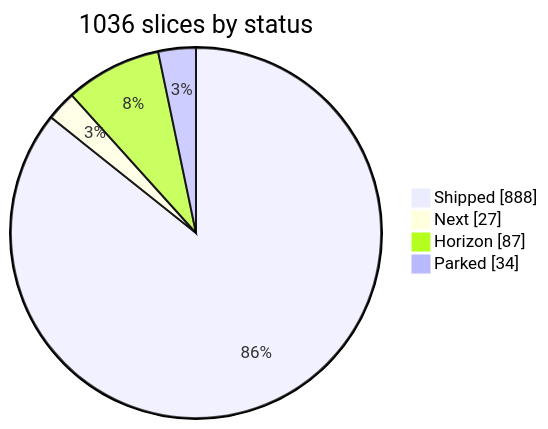
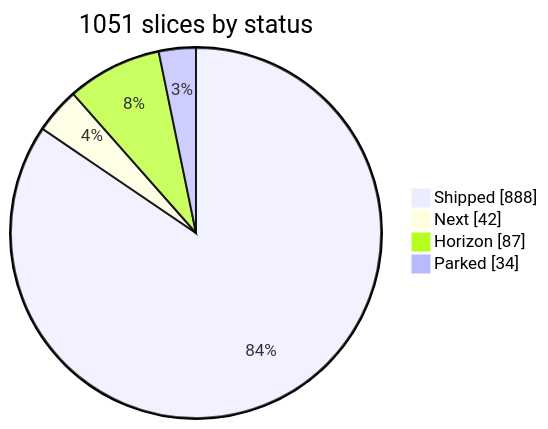
Before and after one commit to jpoindexter/Vanta: the second of 3 diagrams in vanta-website/docs/roadmap.md, drawn with Mermaid. The commit also changed other lines of this file and 2 other files, not shown here.

First line of the commit message:
roadmap: vision-gap cards from Hermes/OpenClaw audit (1036→1051)

````diff
--- a/vanta-website/docs/roadmap.md
+++ b/vanta-website/docs/roadmap.md
@@ -38,8 +38,8 @@
 ```mermaid
 pie showData
-  title 1036 slices by status
+  title 1051 slices by status
   "Shipped" : 888
-  "Next" : 27
+  "Next" : 42
   "Horizon" : 87
   "Parked" : 34
 ```
````
